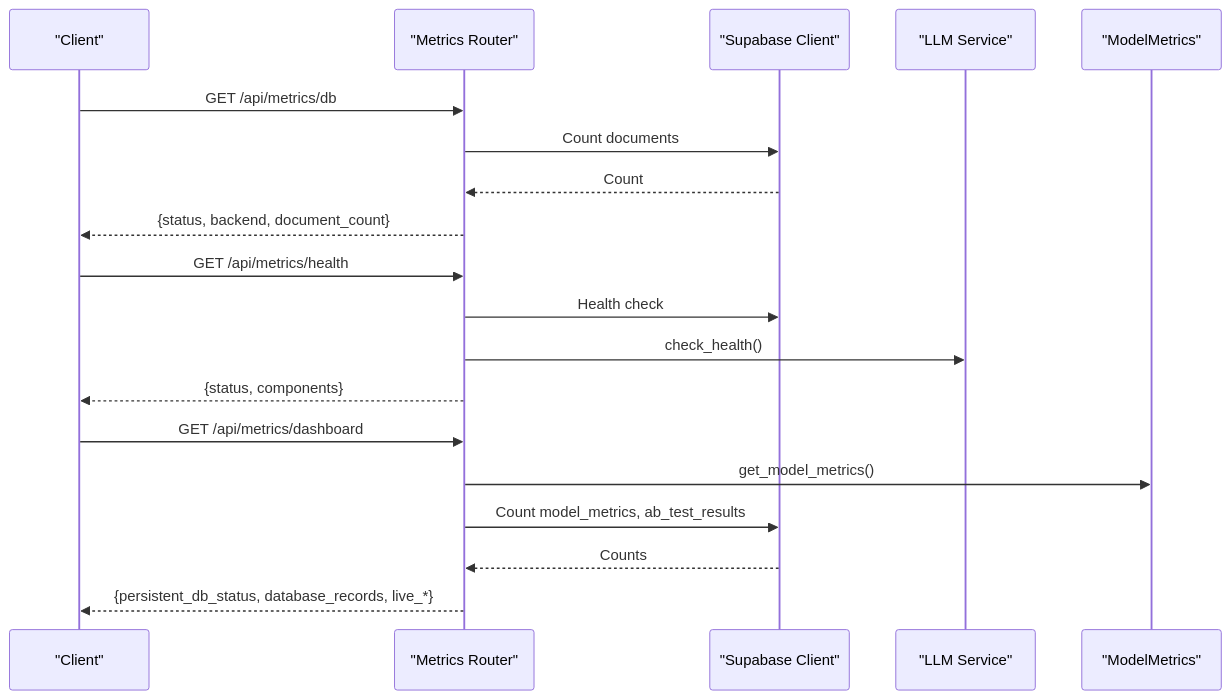
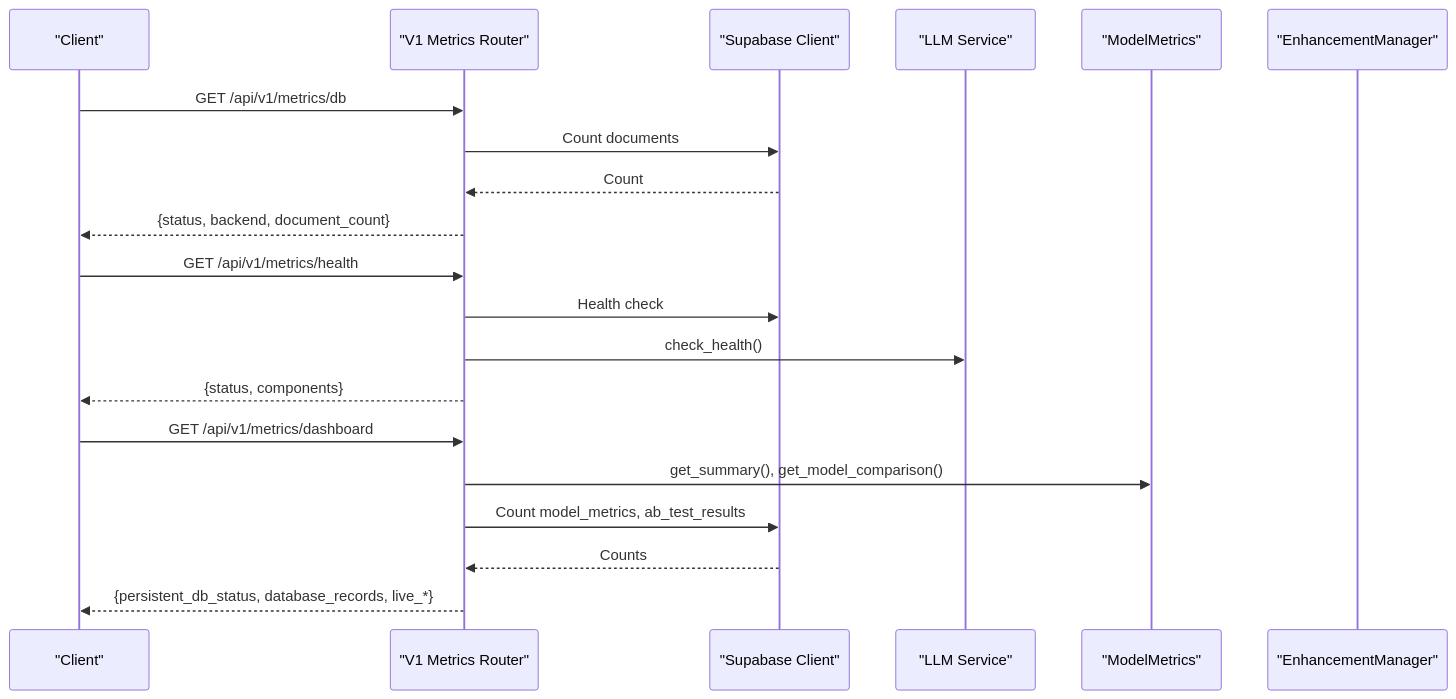
Before and after one commit to rohitkumarnaidu/-Auto-AI-Automated-Academic-Docx-Manuscript-Formatter: the eighth of 12 diagrams in .qoder/repowiki/en/content/Backend Development/Monitoring & Metrics.md, drawn with Mermaid. The commit also changed other lines of this file and 6 other files, not shown here.

````diff
--- a/.qoder/repowiki/en/content/Backend Development/Monitoring & Metrics.md
+++ b/.qoder/repowiki/en/content/Backend Development/Monitoring & Metrics.md
@@ -314,21 +424,22 @@
 ```mermaid
 sequenceDiagram
 participant Client as "Client"
-participant Router as "Metrics Router"
+participant V1Router as "V1 Metrics Router"
 participant DB as "Supabase Client"
 participant LLM as "LLM Service"
 participant MM as "ModelMetrics"
-Client->>Router : GET /api/metrics/db
-Router->>DB : Count documents
-DB-->>Router : Count
-Router-->>Client : {status, backend, document_count}
-Client->>Router : GET /api/metrics/health
-Router->>DB : Health check
-Router->>LLM : check_health()
-Router-->>Client : {status, components}
-Client->>Router : GET /api/metrics/dashboard
-Router->>MM : get_model_metrics()
-Router->>DB : Count model_metrics, ab_test_results
-DB-->>Router : Counts
-Router-->>Client : {persistent_db_status, database_records, live_*}
+participant EM as "EnhancementManager"
+Client->>V1Router : GET /api/v1/metrics/db
+V1Router->>DB : Count documents
+DB-->>V1Router : Count
+V1Router-->>Client : {status, backend, document_count}
+Client->>V1Router : GET /api/v1/metrics/health
+V1Router->>DB : Health check
+V1Router->>LLM : check_health()
+V1Router-->>Client : {status, components}
+Client->>V1Router : GET /api/v1/metrics/dashboard
+V1Router->>MM : get_summary(), get_model_comparison()
+V1Router->>DB : Count model_metrics, ab_test_results
+DB-->>V1Router : Counts
+V1Router-->>Client : {persistent_db_status, database_records, live_*}
 ```
````
